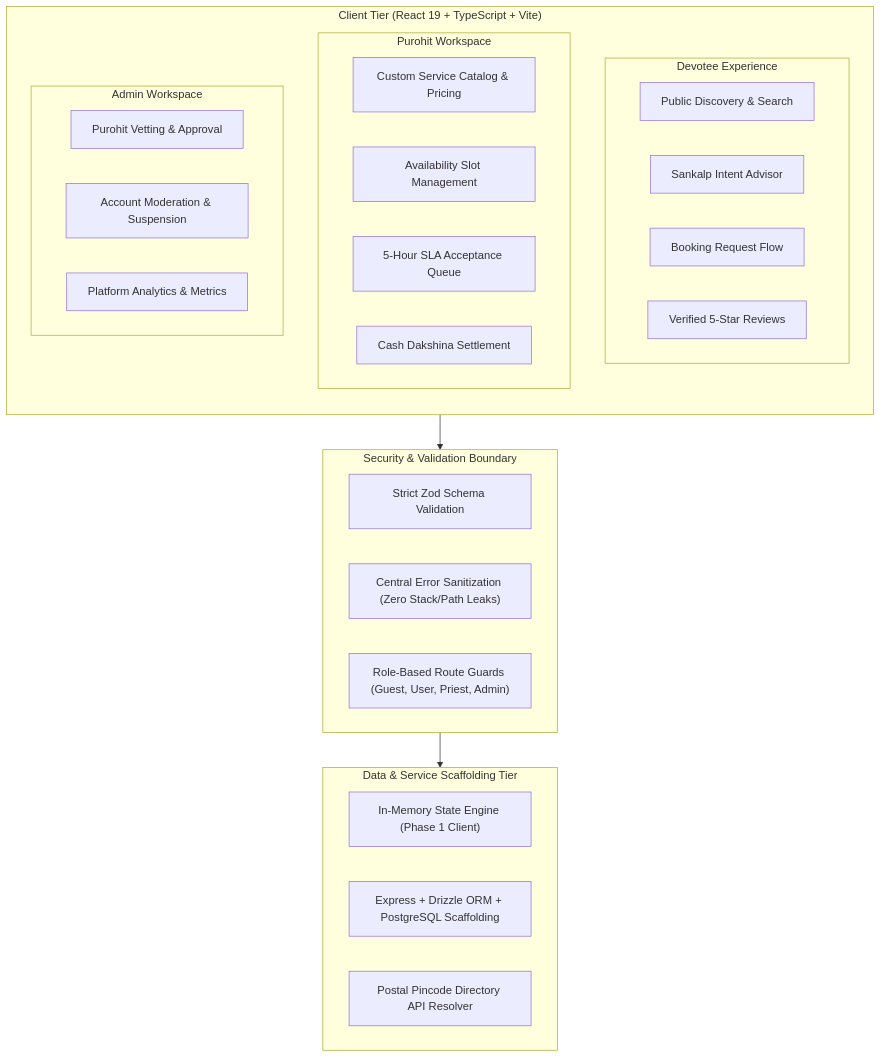
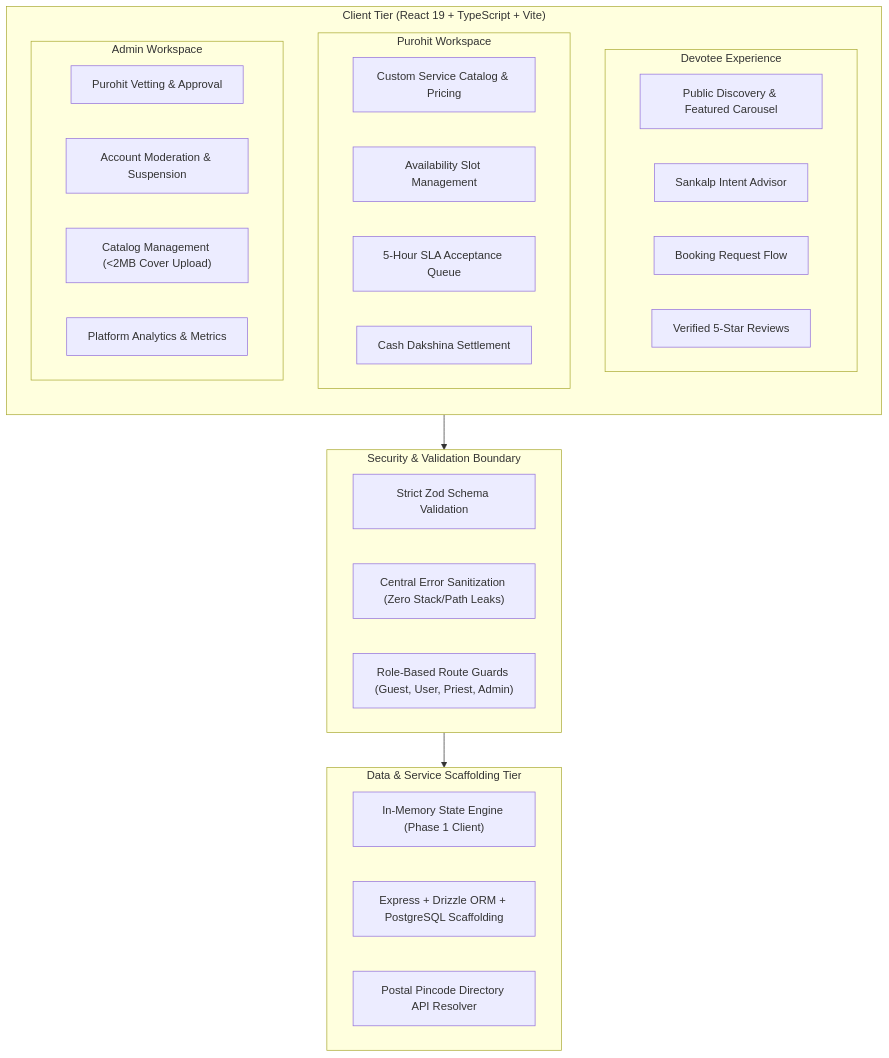
The first of 2 diagrams in README.md (Swastika004/pujaCircle), drawn with Mermaid before and after one commit. The commit also changed other lines of this file and 11 other files, not shown here.

Commit message:
chore: remove unused mock API tests and status badge component and update schemas

````diff
--- a/README.md
+++ b/README.md
@@ -25,38 +25,39 @@
 ```mermaid
 flowchart TB
     subgraph ClientTier["Client Tier (React 19 + TypeScript + Vite)"]
         direction TB
-        subgraph DevoteePortal["Devotee Experience"]
-            D1["Public Discovery & Search"]
+        subgraph DevoteeExperience["Devotee Experience"]
+            D1["Public Discovery & Featured Carousel"]
             D2["Sankalp Intent Advisor"]
             D3["Booking Request Flow"]
             D4["Verified 5-Star Reviews"]
         end
         subgraph PriestWorkspace["Purohit Workspace"]
             P1["Custom Service Catalog & Pricing"]
             P2["Availability Slot Management"]
             P3["5-Hour SLA Acceptance Queue"]
             P4["Cash Dakshina Settlement"]
         end
         subgraph AdminConsole["Admin Workspace"]
             A1["Purohit Vetting & Approval"]
             A2["Account Moderation & Suspension"]
-            A3["Platform Analytics & Metrics"]
+            A3["Catalog Management (<2MB Cover Upload)"]
+            A4["Platform Analytics & Metrics"]
         end
     end
 
     subgraph SecurityTier["Security & Validation Boundary"]
         V1["Strict Zod Schema Validation"]
         V2["Central Error Sanitization (Zero Stack/Path Leaks)"]
         V3["Role-Based Route Guards (Guest, User, Priest, Admin)"]
     end
 
     subgraph DataTier["Data & Service Scaffolding Tier"]
         DB1["In-Memory State Engine (Phase 1 Client)"]
         DB2["Express + Drizzle ORM + PostgreSQL Scaffolding"]
         DB3["Postal Pincode Directory API Resolver"]
     end
 
     ClientTier --> SecurityTier
     SecurityTier --> DataTier
 ```
````
